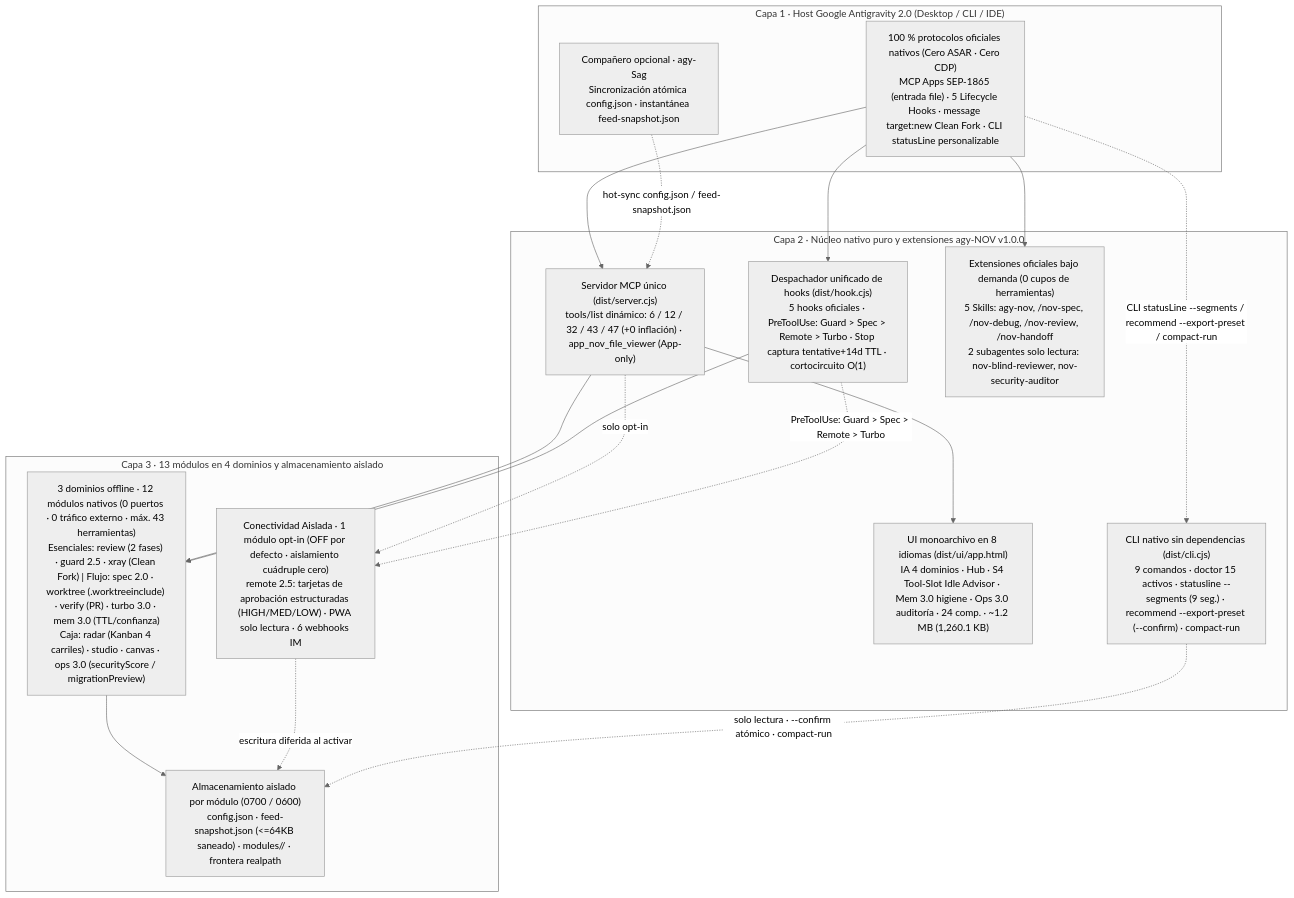
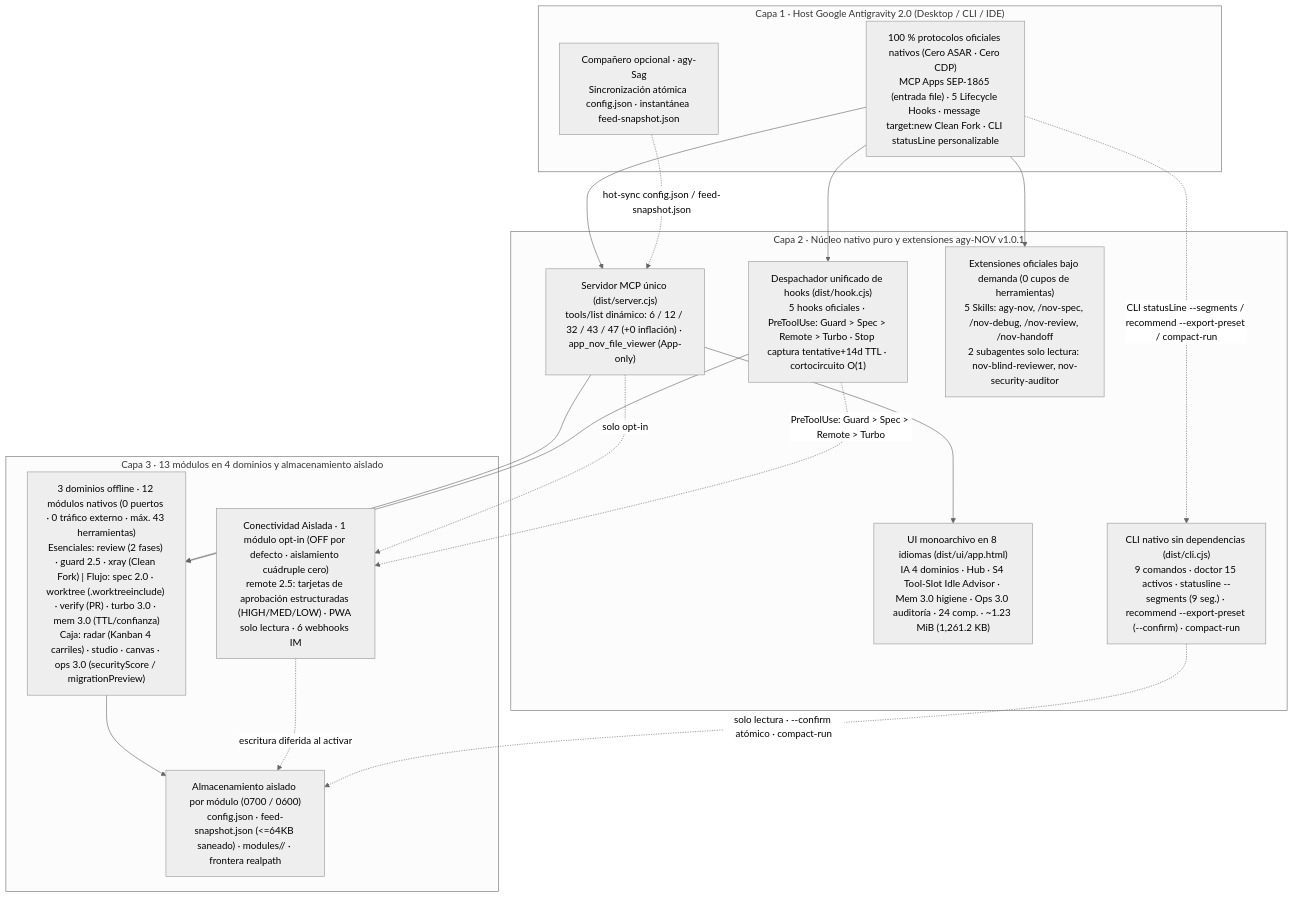
Before and after one commit to tone-leh/agy-NOV: the diagram in docs/i18n/README.es.md, drawn with Mermaid (neutral theme). The commit also changed other lines of this file and 69 other files, not shown here.

````diff
--- a/docs/i18n/README.es.md
+++ b/docs/i18n/README.es.md
@@ -237,35 +241,35 @@
 ```mermaid
 flowchart TB
   subgraph L1["Capa 1 · Host Google Antigravity 2.0 (Desktop / CLI / IDE)"]
     Host["100 % protocolos oficiales nativos (Cero ASAR · Cero CDP)\nMCP Apps SEP-1865 (entrada file) · 5 Lifecycle Hooks · message target:new Clean Fork · CLI statusLine personalizable"]
     Sag["Compañero opcional · agy-Sag\nSincronización atómica config.json · instantánea feed-snapshot.json"]
   end
 
-  subgraph L2["Capa 2 · Núcleo nativo puro y extensiones agy-NOV v1.0.0"]
+  subgraph L2["Capa 2 · Núcleo nativo puro y extensiones agy-NOV v1.0.1"]
     MCP["Servidor MCP único (dist/server.cjs)\ntools/list dinámico: 6 / 12 / 32 / 43 / 47 (+0 inflación) · app_nov_file_viewer (App-only)"]
     Hook["Despachador unificado de hooks (dist/hook.cjs)\n5 hooks oficiales · PreToolUse: Guard > Spec > Remote > Turbo · Stop captura tentative+14d TTL · cortocircuito O(1)"]
-    UI["UI monoarchivo en 8 idiomas (dist/ui/app.html)\nIA 4 dominios · Hub · S4 Tool-Slot Idle Advisor · Mem 3.0 higiene · Ops 3.0 auditoría · 24 comp. · ~1.2 MB (1,260.1 KB)"]
+    UI["UI monoarchivo en 8 idiomas (dist/ui/app.html)\nIA 4 dominios · Hub · S4 Tool-Slot Idle Advisor · Mem 3.0 higiene · Ops 3.0 auditoría · 24 comp. · ~1.23 MiB (1,261.2 KB)"]
     Ext["Extensiones oficiales bajo demanda (0 cupos de herramientas)\n5 Skills: agy-nov, /nov-spec, /nov-debug, /nov-review, /nov-handoff\n2 subagentes solo lectura: nov-blind-reviewer, nov-security-auditor"]
     CLI["CLI nativo sin dependencias (dist/cli.cjs)\n9 comandos · doctor 15 activos · statusline --segments (9 seg.) · recommend --export-preset (--confirm) · compact-run"]
   end
 
   subgraph L3["Capa 3 · 13 módulos en 4 dominios y almacenamiento aislado"]
     T1["3 dominios offline · 12 módulos nativos (0 puertos · 0 tráfico externo · máx. 43 herramientas)\nEsenciales: review (2 fases) · guard 2.5 · xray (Clean Fork) | Flujo: spec 2.0 · worktree (.worktreeinclude) · verify (PR) · turbo 3.0 · mem 3.0 (TTL/confianza)\nCaja: radar (Kanban 4 carriles) · studio · canvas · ops 3.0 (securityScore / migrationPreview)"]
     T2R["Conectividad Aislada · 1 módulo opt-in (OFF por defecto · aislamiento cuádruple cero)\nremote 2.5: tarjetas de aprobación estructuradas (HIGH/MED/LOW) · PWA solo lectura · 6 webhooks IM"]
     Store["Almacenamiento aislado por módulo (0700 / 0600)\nconfig.json · feed-snapshot.json (<=64KB saneado) · modules/<id>/ · frontera realpath"]
   end
 
   Host --> MCP
   Host --> Hook
   Host --> Ext
   Host -. "CLI statusLine --segments / recommend --export-preset / compact-run" .-> CLI
   Sag -. "hot-sync config.json / feed-snapshot.json" .-> MCP
   MCP --> UI
   MCP --> T1
   MCP -. "solo opt-in" .-> T2R
   Hook --> T1
   Hook -. "PreToolUse: Guard > Spec > Remote > Turbo" .-> T2R
   T1 --> Store
   T2R -. "escritura diferida al activar" .-> Store
   CLI -. "solo lectura · --confirm atómico · compact-run" .-> Store
 ```
````
